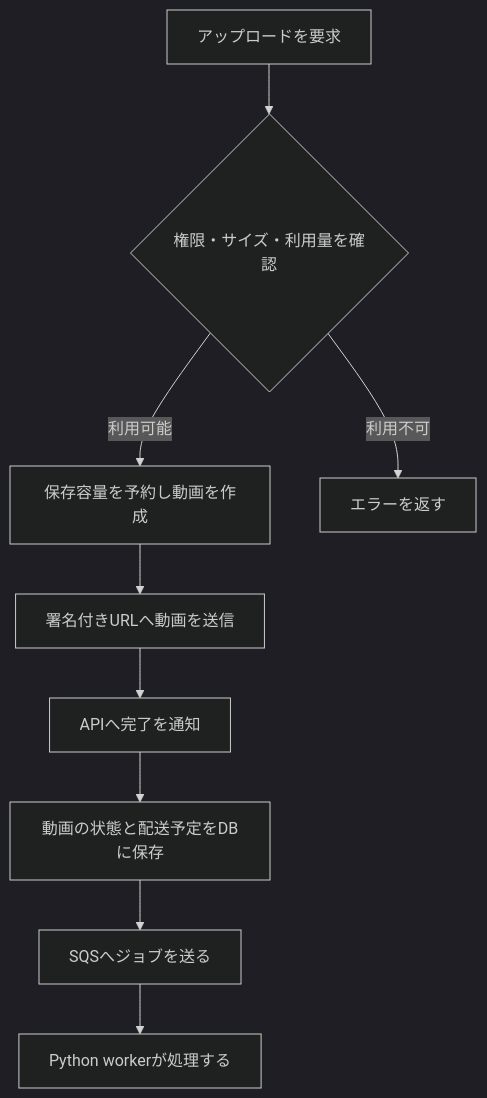
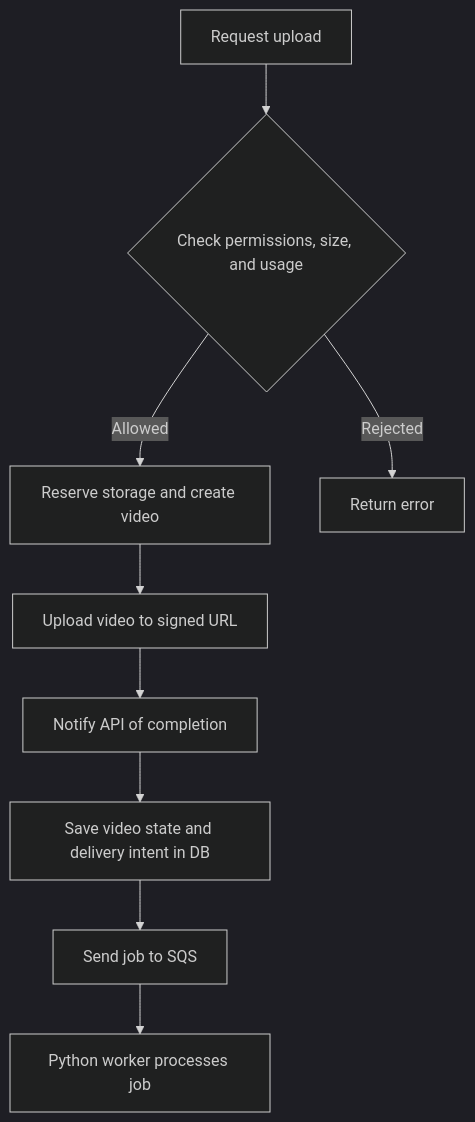
One commit to yukiharada1228/videoq changed the first of 2 diagrams in docs/architecture/flowchart.md. Above: the diagram before and after it, drawn with Mermaid (dark theme). The commit also changed other lines of this file and 79 other files, not shown here.

````diff
--- a/docs/architecture/flowchart.md
+++ b/docs/architecture/flowchart.md
@@ -12,11 +12,11 @@
 ```mermaid
 flowchart TD
-    Request[アップロードを要求] --> Check{権限・サイズ・利用量を確認}
-    Check -->|利用可能| Reserve[保存容量を予約し動画を作成]
-    Check -->|利用不可| Error[エラーを返す]
-    Reserve --> Upload[署名付きURLへ動画を送信]
-    Upload --> Confirm[APIへ完了を通知]
-    Confirm --> Commit[動画の状態と配送予定をDBに保存]
-    Commit --> Send[SQSへジョブを送る]
-    Send --> Worker[Python workerが処理する]
+    Request[Request upload] --> Check{Check permissions, size, and usage}
+    Check -->|Allowed| Reserve[Reserve storage and create video]
+    Check -->|Rejected| Error[Return error]
+    Reserve --> Upload[Upload video to signed URL]
+    Upload --> Confirm[Notify API of completion]
+    Confirm --> Commit[Save video state and delivery intent in DB]
+    Commit --> Send[Send job to SQS]
+    Send --> Worker[Python worker processes job]
 ```
````
